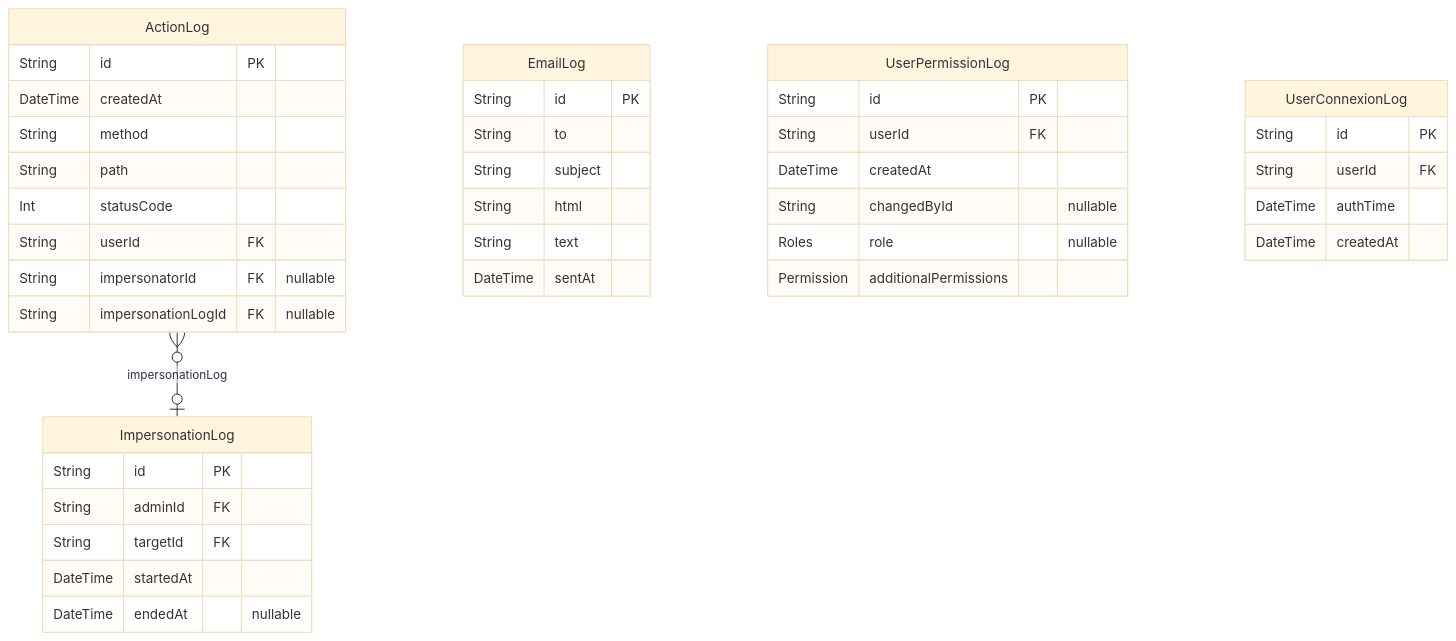
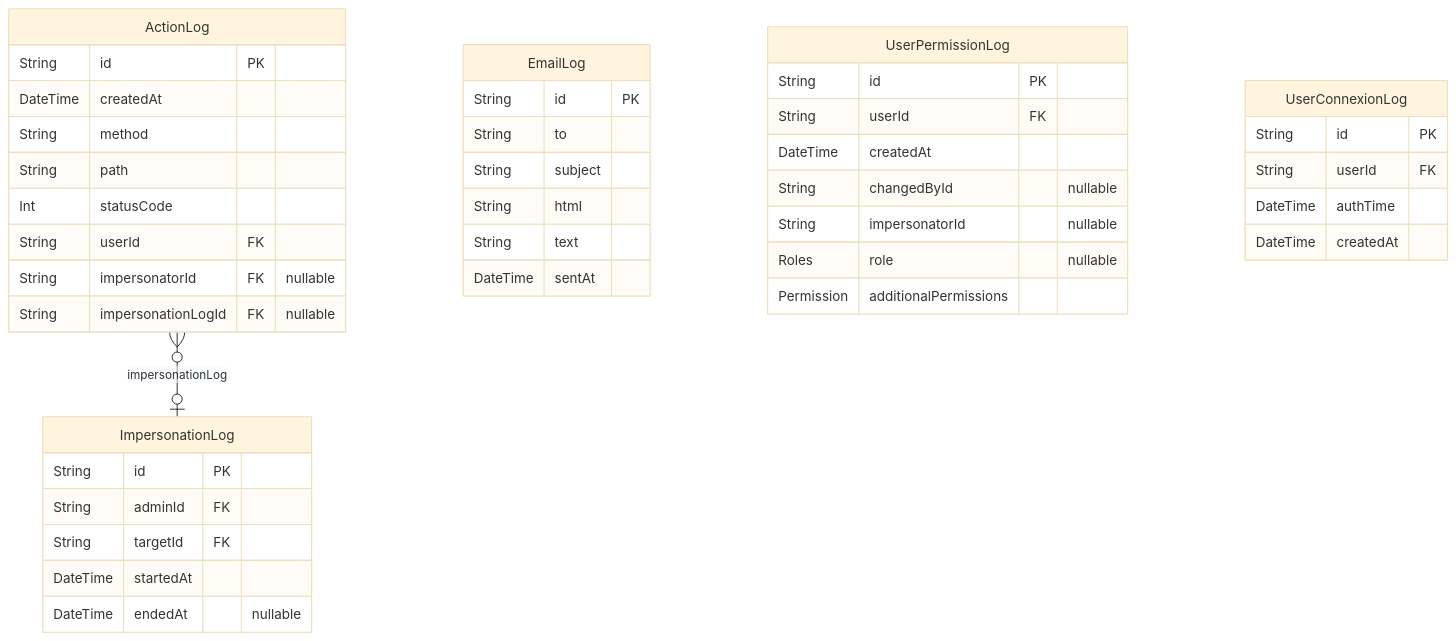
One commit to dnum-mi/referentiel-applications changed diagram 15 of 15 in backend/prisma/docs/schema.md. Above: the diagram before and after it, drawn with Mermaid (base theme). The commit also changed other lines of this file and 38 other files, not shown here.

````diff
--- a/backend/prisma/docs/schema.md
+++ b/backend/prisma/docs/schema.md
@@ -1303,43 +1309,44 @@
 ```mermaid
 erDiagram
 "ActionLog" {
   String id PK
   DateTime createdAt
   String method
   String path
   Int statusCode
   String userId FK
   String impersonatorId FK "nullable"
   String impersonationLogId FK "nullable"
 }
 "EmailLog" {
   String id PK
   String to
   String subject
   String html
   String text
   DateTime sentAt
 }
 "UserPermissionLog" {
   String id PK
   String userId FK
   DateTime createdAt
   String changedById "nullable"
+  String impersonatorId "nullable"
   Roles role "nullable"
   Permission additionalPermissions
 }
 "UserConnexionLog" {
   String id PK
   String userId FK
   DateTime authTime
   DateTime createdAt
 }
 "ImpersonationLog" {
   String id PK
   String adminId FK
   String targetId FK
   DateTime startedAt
   DateTime endedAt "nullable"
 }
 "ActionLog" }o--o| "ImpersonationLog" : impersonationLog
 ```
````
